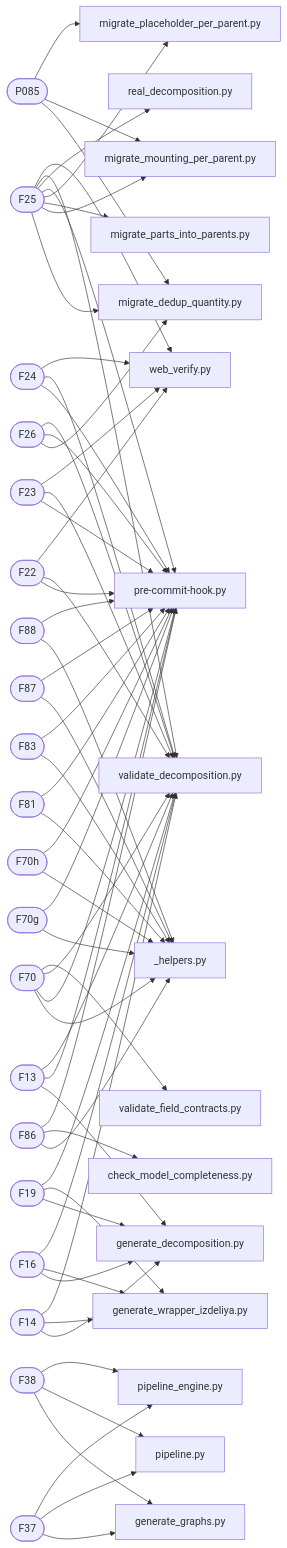
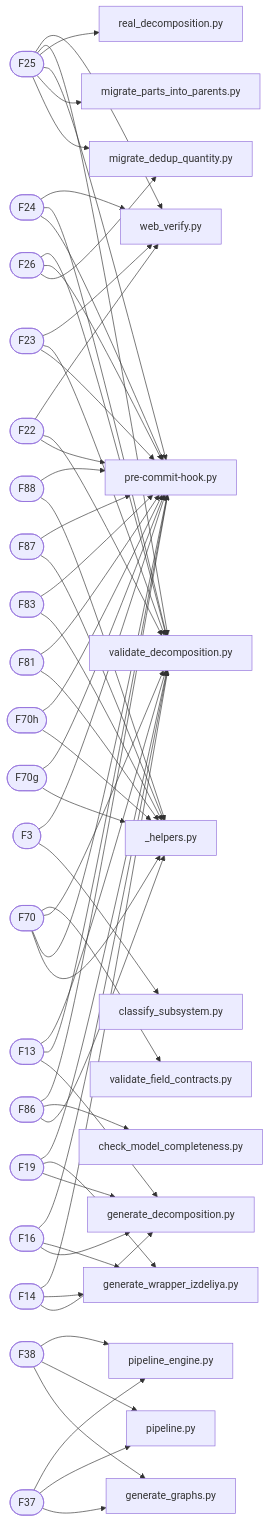
One commit to a-m-e-n-t-e-t/SkyNet changed the diagram in graphs/mermaid/graph3_traceability.md. Above: the diagram before and after it, drawn with Mermaid. The commit also changed other lines of this file and 250 other files, not shown here.

````diff
--- a/graphs/mermaid/graph3_traceability.md
+++ b/graphs/mermaid/graph3_traceability.md
@@ -5,12 +5,8 @@
     F25([F25])
     script_migrate_dedup_quantity_py[migrate_dedup_quantity.py]
     F25 --> script_migrate_dedup_quantity_py
-    script_migrate_mounting_per_parent_py[migrate_mounting_per_parent.py]
-    F25 --> script_migrate_mounting_per_parent_py
     script_migrate_parts_into_parents_py[migrate_parts_into_parents.py]
     F25 --> script_migrate_parts_into_parents_py
-    script_migrate_placeholder_per_parent_py[migrate_placeholder_per_parent.py]
-    F25 --> script_migrate_placeholder_per_parent_py
     script_pre-commit-hook_py[pre-commit-hook.py]
     F25 --> script_pre-commit-hook_py
     script_real_decomposition_py[real_decomposition.py]
@@ -70,13 +66,6 @@
     F26 --> script_pre-commit-hook_py
     script_validate_decomposition_py[validate_decomposition.py]
     F26 --> script_validate_decomposition_py
-    P085([P085])
-    script_migrate_dedup_quantity_py[migrate_dedup_quantity.py]
-    P085 --> script_migrate_dedup_quantity_py
-    script_migrate_mounting_per_parent_py[migrate_mounting_per_parent.py]
-    P085 --> script_migrate_mounting_per_parent_py
-    script_migrate_placeholder_per_parent_py[migrate_placeholder_per_parent.py]
-    P085 --> script_migrate_placeholder_per_parent_py
     F22([F22])
     script_pre-commit-hook_py[pre-commit-hook.py]
     F22 --> script_pre-commit-hook_py
@@ -142,4 +131,9 @@
     F88 --> script__helpers_py
     script_pre-commit-hook_py[pre-commit-hook.py]
     F88 --> script_pre-commit-hook_py
+    F3([F3])
+    script_classify_subsystem_py[classify_subsystem.py]
+    F3 --> script_classify_subsystem_py
+    script_pre-commit-hook_py[pre-commit-hook.py]
+    F3 --> script_pre-commit-hook_py
 ```
````
